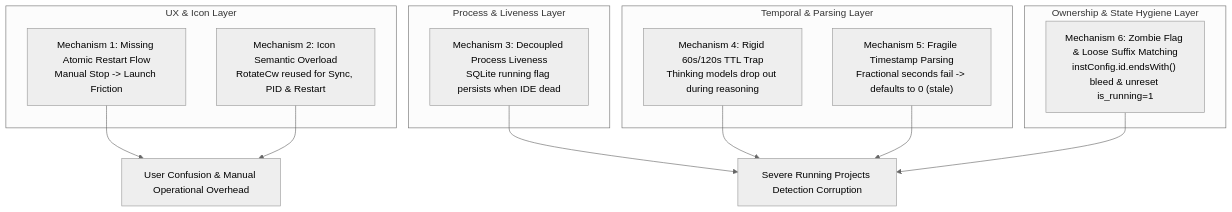
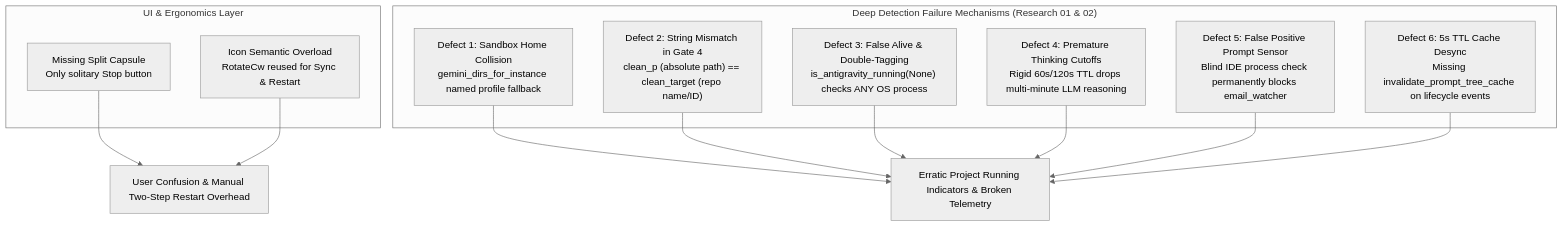
Before and after one commit to alimtvnetwork/Antigravity-Manager: the diagram in 02-spec/21-app/135-instance-restart-button-sync-icons-and-running-projects-fix/03-root-cause-analysis.md, drawn with Mermaid (neutral theme). The commit also changed other lines of this file and 10 other files, not shown here.

Commit message:
Feature: instances - resolve running projects detection and restart split button v4.155.0

````diff
--- a/02-spec/21-app/135-instance-restart-button-sync-icons-and-running-projects-fix/03-root-cause-analysis.md
+++ b/02-spec/21-app/135-instance-restart-button-sync-icons-and-running-projects-fix/03-root-cause-analysis.md
@@ -31,23 +35,19 @@
 ```mermaid
 flowchart TD
-    subgraph UX ["UX & Icon Layer"]
-        M1["Mechanism 1: Missing Atomic Restart Flow<br/>Manual Stop -> Launch Friction"]
-        M2["Mechanism 2: Icon Semantic Overload<br/>RotateCw reused for Sync, PID & Restart"]
+    subgraph UI_Friction ["UI & Ergonomics Layer"]
+        M0A["Missing Split Capsule<br/>Only solitary Stop button"]
+        M0B["Icon Semantic Overload<br/>RotateCw reused for Sync & Restart"]
     end
 
-    subgraph Process ["Process & Liveness Layer"]
-        M3["Mechanism 3: Decoupled Process Liveness<br/>SQLite running flag persists when IDE dead"]
+    subgraph Deep_Detection_Mechanisms ["Deep Detection Failure Mechanisms (Research 01 & 02)"]
+        D1["Defect 1: Sandbox Home Collision<br/>gemini_dirs_for_instance named profile fallback"]
+        D2["Defect 2: String Mismatch in Gate 4<br/>clean_p (absolute path) == clean_target (repo name/ID)"]
+        D3["Defect 3: False Alive & Double-Tagging<br/>is_antigravity_running(None) checks ANY OS process"]
+        D4["Defect 4: Premature Thinking Cutoffs<br/>Rigid 60s/120s TTL drops multi-minute LLM reasoning"]
+        D5["Defect 5: False Positive Prompt Sensor<br/>Blind IDE process check permanently blocks email_watcher"]
+        D6["Defect 6: 5s TTL Cache Desync<br/>Missing invalidate_prompt_tree_cache on lifecycle events"]
     end
 
-    subgraph Temporal ["Temporal & Parsing Layer"]
-        M4["Mechanism 4: Rigid 60s/120s TTL Trap<br/>Thinking models drop out during reasoning"]
-        M5["Mechanism 5: Fragile Timestamp Parsing<br/>Fractional seconds fail -> defaults to 0 (stale)"]
-    end
-
-    subgraph Ownership ["Ownership & State Hygiene Layer"]
-        M6["Mechanism 6: Zombie Flag & Loose Suffix Matching<br/>instConfig.id.endsWith() bleed & unreset is_running=1"]
-    end
-
-    M1 & M2 --> UX_Impact["User Confusion & Manual Operational Overhead"]
-    M3 & M4 & M5 & M6 --> Detection_Impact["Severe Running Projects Detection Corruption"]
+    M0A & M0B --> Impact1["User Confusion & Manual Two-Step Restart Overhead"]
+    D1 & D2 & D3 & D4 & D5 & D6 --> Impact2["Erratic Project Running Indicators & Broken Telemetry"]
 ```
````
